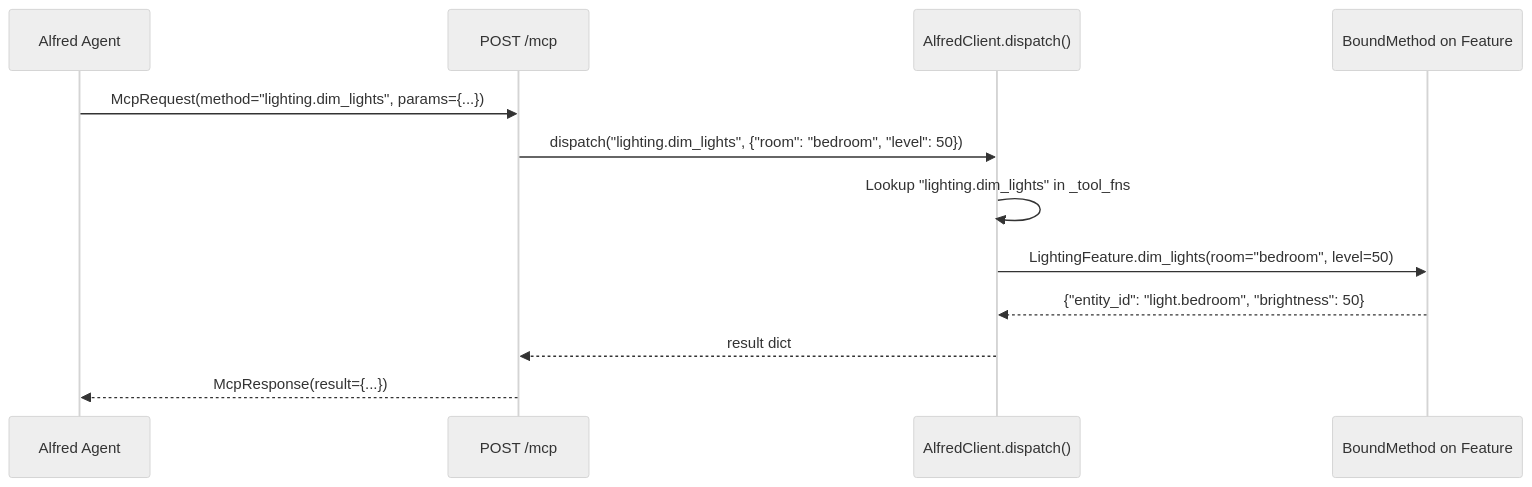
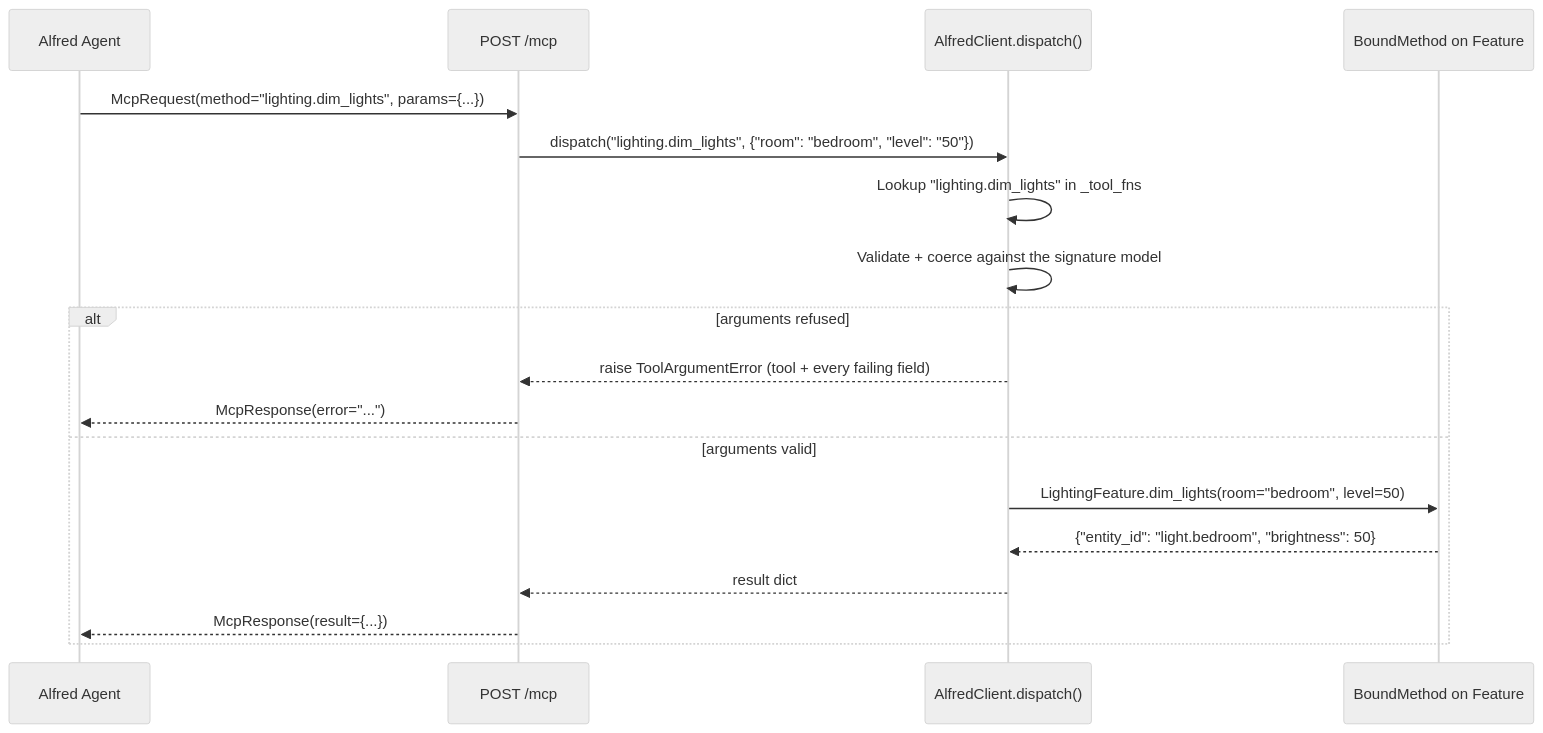
Before and after one commit to anirudhlath/alfred: the third of 4 diagrams in docs/sdk.md, drawn with Mermaid (neutral theme). The commit also changed other lines of this file and 11 other files, not shown here.

First line of the commit message:
feat(sdk): validate and coerce tool arguments before dispatch (#358)

````diff
--- a/docs/sdk.md
+++ b/docs/sdk.md
@@ -456,15 +519,21 @@
 ```mermaid
 sequenceDiagram
     participant Agent as Alfred Agent
     participant HTTP as POST /mcp
     participant SDK as AlfredClient.dispatch()
     participant Feature as BoundMethod on Feature
 
     Agent->>HTTP: McpRequest(method="lighting.dim_lights", params={...})
-    HTTP->>SDK: dispatch("lighting.dim_lights", {"room": "bedroom", "level": 50})
+    HTTP->>SDK: dispatch("lighting.dim_lights", {"room": "bedroom", "level": "50"})
     SDK->>SDK: Lookup "lighting.dim_lights" in _tool_fns
-    SDK->>Feature: LightingFeature.dim_lights(room="bedroom", level=50)
-    Feature-->>SDK: {"entity_id": "light.bedroom", "brightness": 50}
-    SDK-->>HTTP: result dict
-    HTTP-->>Agent: McpResponse(result={...})
+    SDK->>SDK: Validate + coerce against the signature model
+    alt arguments refused
+        SDK-->>HTTP: raise ToolArgumentError (tool + every failing field)
+        HTTP-->>Agent: McpResponse(error="...")
+    else arguments valid
+        SDK->>Feature: LightingFeature.dim_lights(room="bedroom", level=50)
+        Feature-->>SDK: {"entity_id": "light.bedroom", "brightness": 50}
+        SDK-->>HTTP: result dict
+        HTTP-->>Agent: McpResponse(result={...})
+    end
 ```
````
